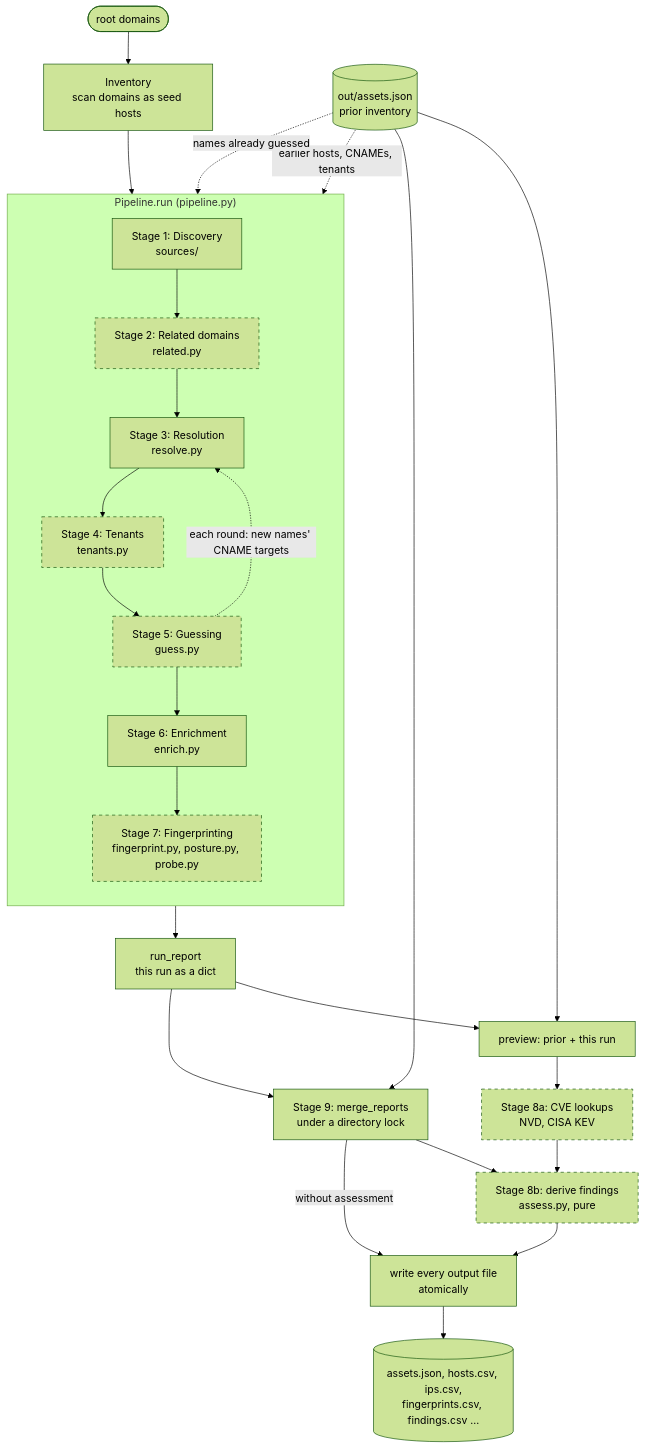
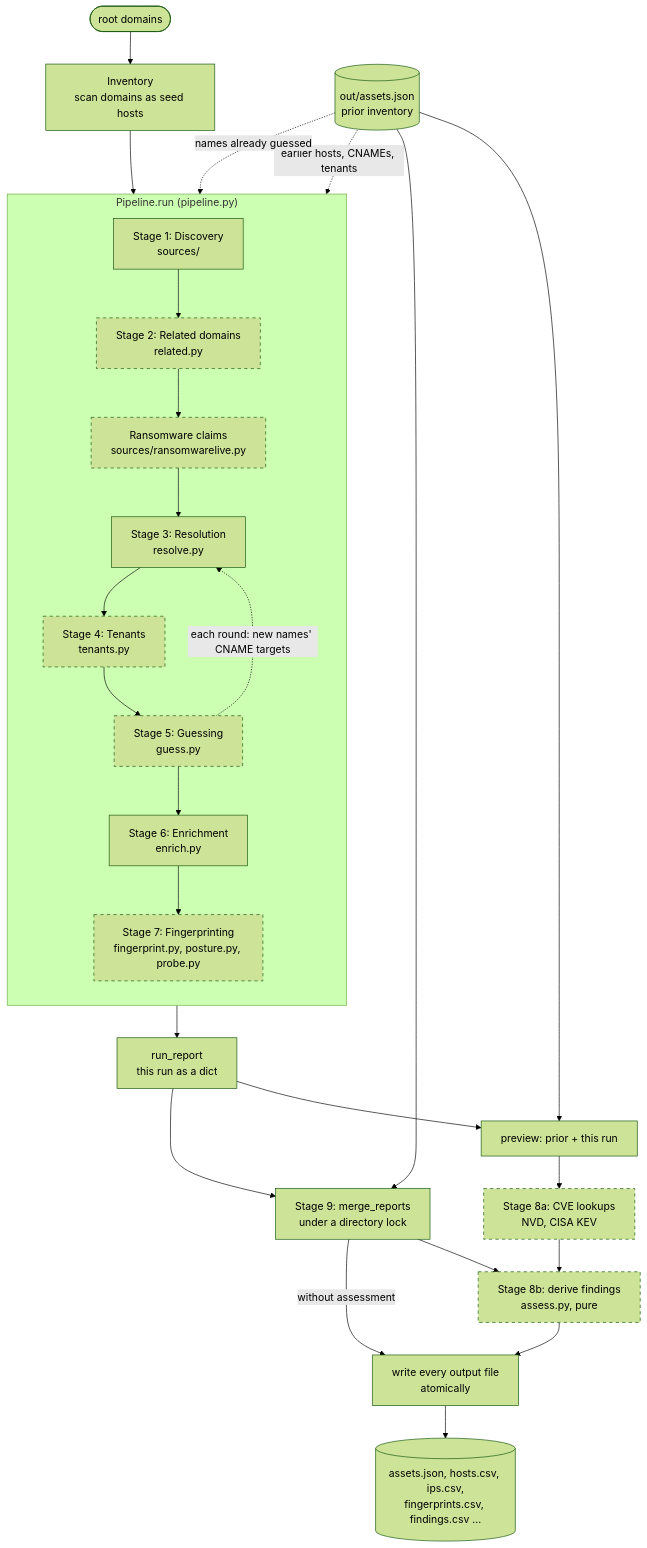
One commit to JeremyCBrooks/farpoint changed the first of 2 diagrams in ARCHITECTURE.md. Above: the diagram before and after it, drawn with Mermaid (forest theme). The commit also changed other lines of this file and 8 other files, not shown here.

First line of the commit message:
Add --ransomware: ransomware leak-site claims from ransomware.live

````diff
--- a/ARCHITECTURE.md
+++ b/ARCHITECTURE.md
@@ -32,36 +32,37 @@
 ```mermaid
 flowchart TD
     IN(["root domains"]) --> INV0["Inventory<br/>scan domains as seed hosts"]
 
     subgraph PIPE["Pipeline.run (pipeline.py)"]
         direction TB
         D["Stage 1: Discovery<br/>sources/"] --> R
-        R["Stage 2: Related domains<br/>related.py"]:::opt --> RES
+        R["Stage 2: Related domains<br/>related.py"]:::opt --> RW
+        RW["Ransomware claims<br/>sources/ransomwarelive.py"]:::opt --> RES
         RES["Stage 3: Resolution<br/>resolve.py"] --> T
         T["Stage 4: Tenants<br/>tenants.py"]:::opt --> G
         G["Stage 5: Guessing<br/>guess.py"]:::opt --> E
         E["Stage 6: Enrichment<br/>enrich.py"] --> F
         F["Stage 7: Fingerprinting<br/>fingerprint.py, posture.py, probe.py"]:::opt
         G -.->|"each round: new names' CNAME targets"| RES
     end
 
     INV0 --> D
     F --> RUN["run_report<br/>this run as a dict"]
 
     PRIOR[("out/assets.json<br/>prior inventory")] --> PREV["preview: prior + this run"]
     RUN --> PREV
     PREV --> V["Stage 8a: CVE lookups<br/>NVD, CISA KEV"]:::opt
 
     RUN --> M["Stage 9: merge_reports<br/>under a directory lock"]
     PRIOR --> M
     M --> J["Stage 8b: derive findings<br/>assess.py, pure"]:::opt
     V --> J
     J --> W["write every output file<br/>atomically"]
     M -->|"without assessment"| W
     W --> OUT[("assets.json, hosts.csv, ips.csv,<br/>fingerprints.csv, findings.csv ...")]
 
     PRIOR -.->|"earlier hosts, CNAMEs, tenants"| T
     PRIOR -.->|"names already guessed"| G
 
     classDef opt stroke-dasharray: 5 5
 ```
````
